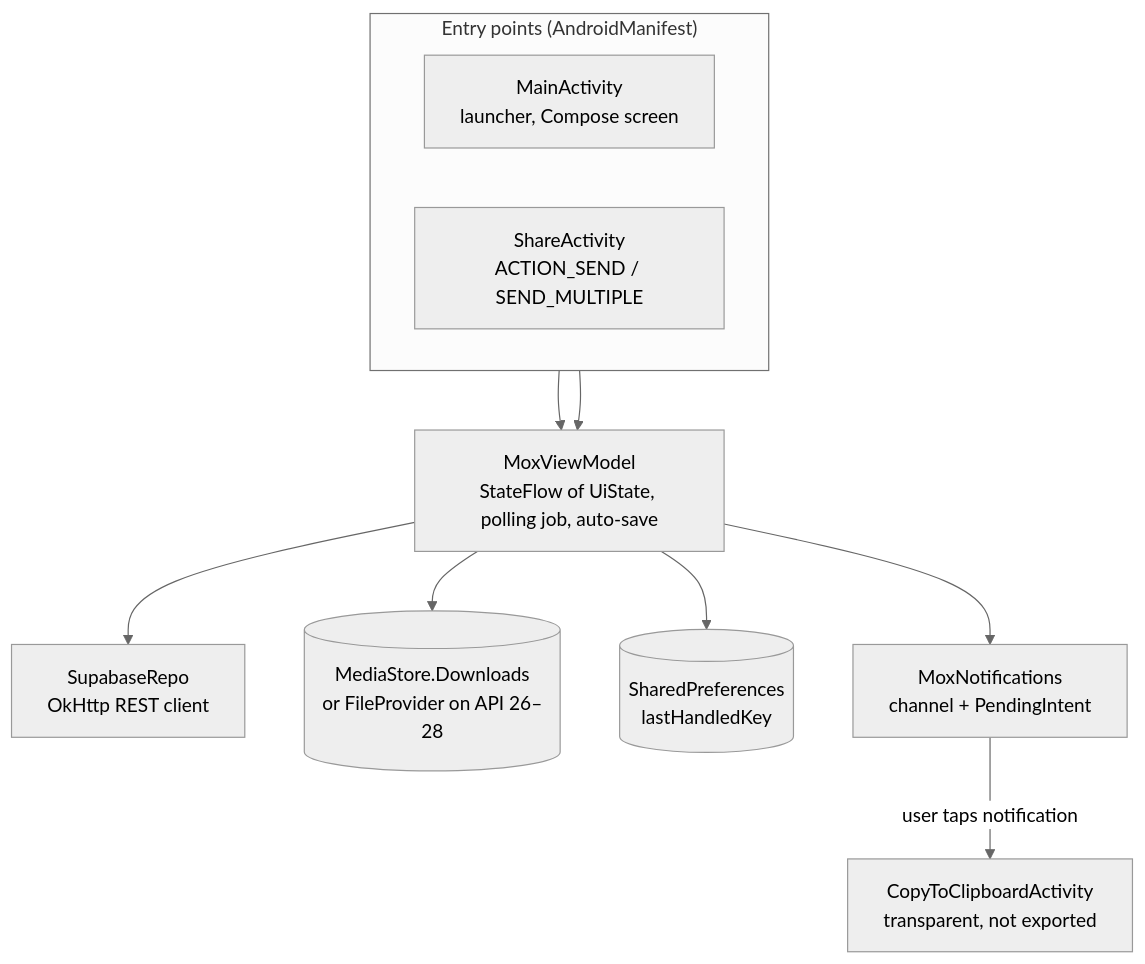
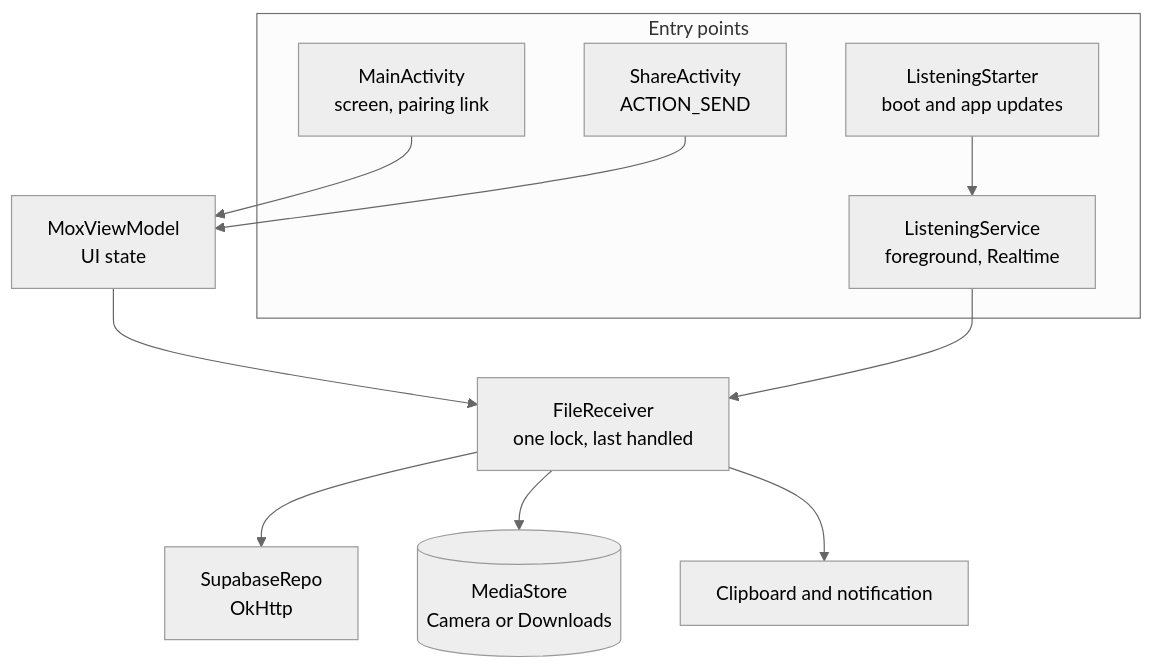
The fifth of 6 diagrams in docs/ARCHITECTURE.md (GiamSoo23/Mox), drawn with Mermaid (neutral theme) before and after one commit. The commit also changed other lines of this file and 12 other files, not shown here.

First line of the commit message:
docs: README and architecture for the current app, and community files

````diff
--- a/docs/ARCHITECTURE.md
+++ b/docs/ARCHITECTURE.md
@@ -154,23 +155,23 @@
 ```mermaid
 flowchart TB
-    subgraph entry["Entry points (AndroidManifest)"]
-        direction LR
-        MA["MainActivity<br/>launcher, Compose screen"]
-        SA["ShareActivity<br/>ACTION_SEND / SEND_MULTIPLE"]
+    subgraph entry["Entry points"]
+        MA["MainActivity<br/>screen, pairing link"]
+        SA["ShareActivity<br/>ACTION_SEND"]
+        LS["ListeningService<br/>foreground, Realtime"]
+        BR["ListeningStarter<br/>boot and app updates"]
     end
-
-    VM["MoxViewModel<br/>StateFlow of UiState, polling job, auto-save"]
-    SR["SupabaseRepo<br/>OkHttp REST client"]
-    MS[("MediaStore.Downloads<br/>or FileProvider on API 26–28")]
-    SP[("SharedPreferences<br/>lastHandledKey")]
-    NO["MoxNotifications<br/>channel + PendingIntent"]
-    CA["CopyToClipboardActivity<br/>transparent, not exported"]
+    VM["MoxViewModel<br/>UI state"]
+    FR["FileReceiver<br/>one lock, last handled"]
+    SR["SupabaseRepo<br/>OkHttp"]
+    MS[("MediaStore<br/>Camera or Downloads")]
+    CB["Clipboard and notification"]
 
     MA --> VM
     SA --> VM
-    VM --> SR
-    VM --> MS
-    VM --> SP
-    VM --> NO
-    NO -- "user taps notification" --> CA
+    BR --> LS
+    VM --> FR
+    LS --> FR
+    FR --> SR
+    FR --> MS
+    FR --> CB
 ```
````
